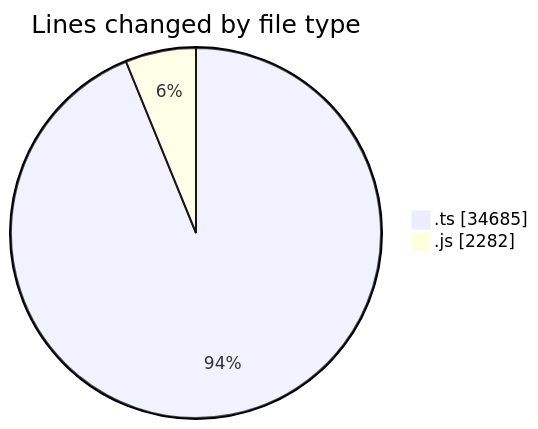
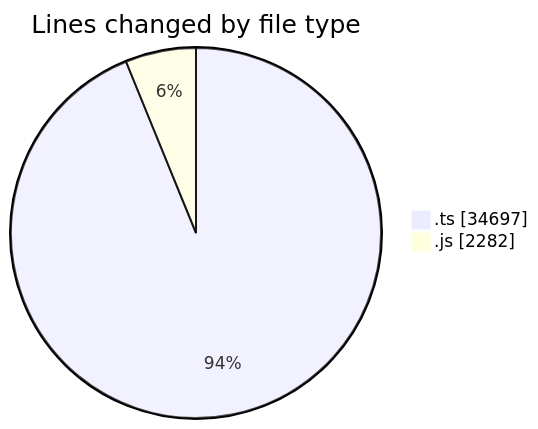
The first of 2 diagrams in 2025-06-26/cda/README.md (momahboobian/code-tracking), drawn with Mermaid before and after one commit. The commit also changed other lines of this file and 1 other file, not shown here.

````diff
--- a/2025-06-26/cda/README.md
+++ b/2025-06-26/cda/README.md
@@ -36,6 +36,6 @@
 ```mermaid
 pie showData
 title Lines changed by file type
-".ts" : 34685
+".ts" : 34697
 ".js" : 2282
 ```
````
